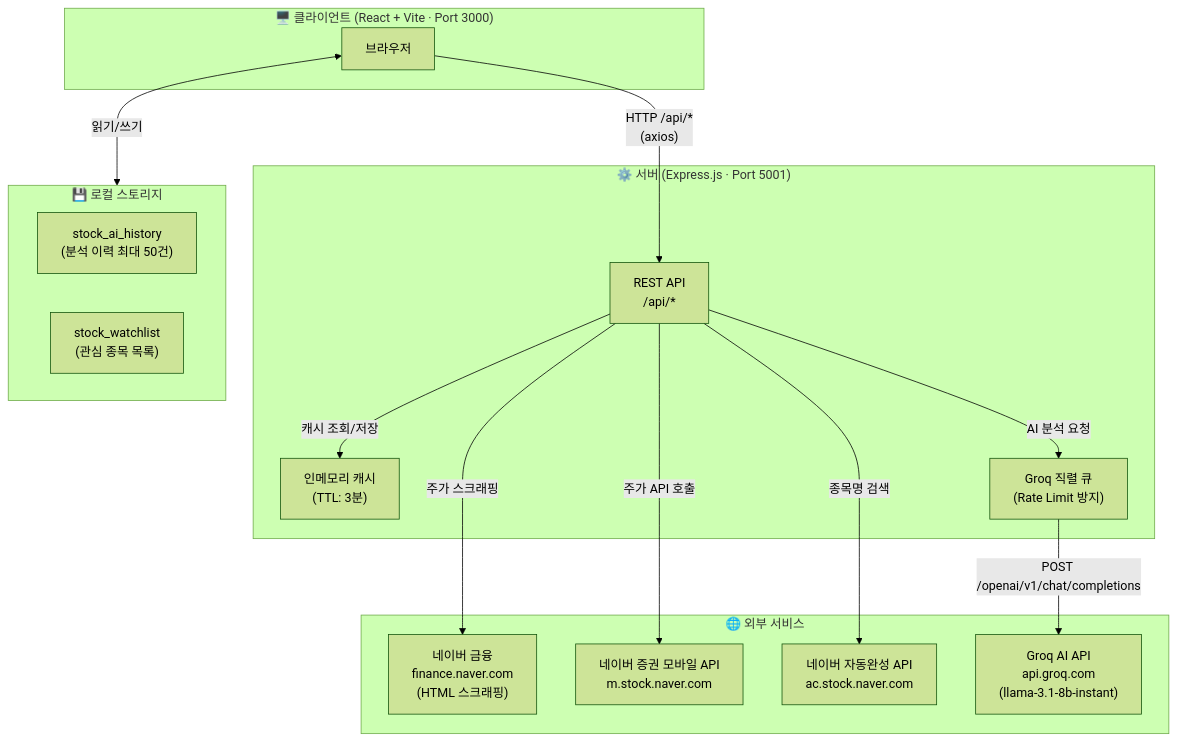
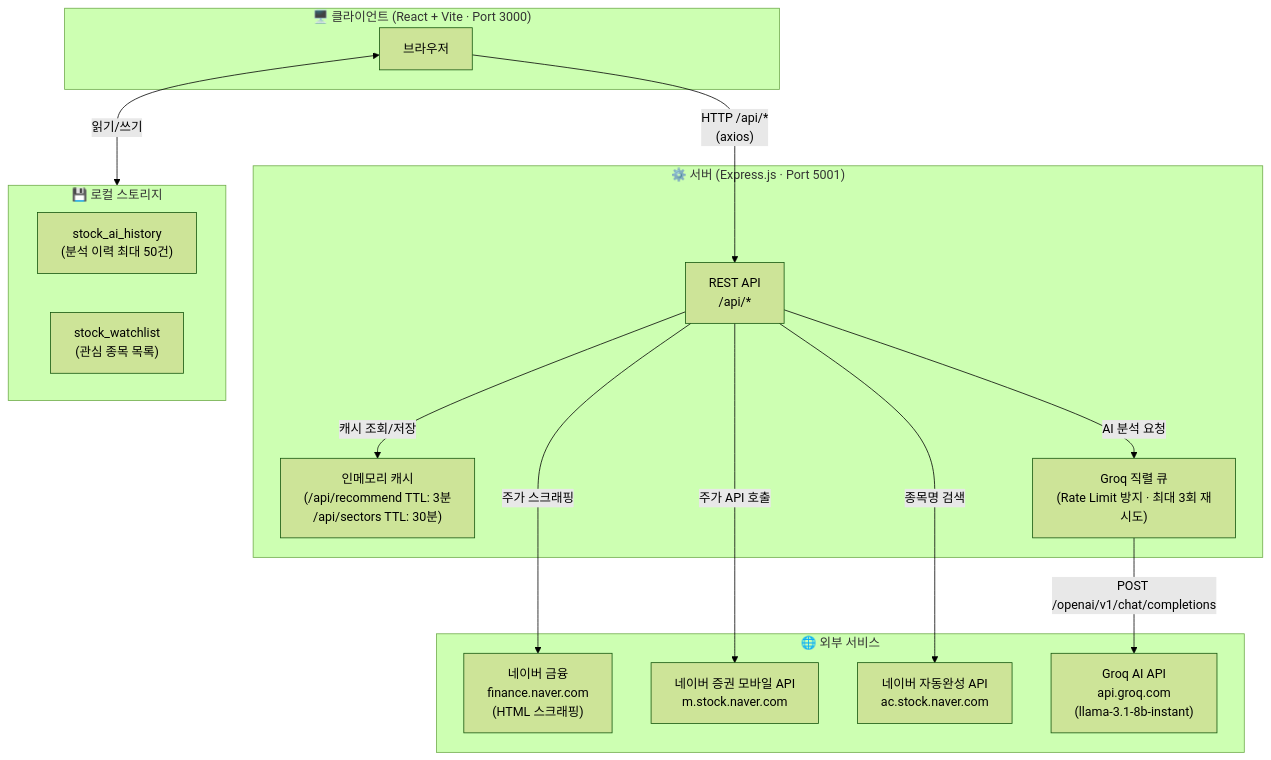
Before and after one commit to jasonkim94/stock-agent: the first of 7 diagrams in ARCHITECTURE.md, drawn with Mermaid (forest theme). The commit also changed other lines of this file, not shown here.

First line of the commit message:
Refine ARCHITECTURE.md: add cache TTL rationale and verify hard limits

````diff
--- a/ARCHITECTURE.md
+++ b/ARCHITECTURE.md
@@ -9,33 +9,33 @@
 ```mermaid
 graph TB
     subgraph Client["🖥️ 클라이언트 (React + Vite · Port 3000)"]
         Browser["브라우저"]
     end
 
     subgraph Server["⚙️ 서버 (Express.js · Port 5001)"]
         API["REST API\n/api/*"]
-        Cache["인메모리 캐시\n(TTL: 3분)"]
-        GroqQueue["Groq 직렬 큐\n(Rate Limit 방지)"]
+        Cache["인메모리 캐시\n(/api/recommend TTL: 3분\n/api/sectors TTL: 30분)"]
+        GroqQueue["Groq 직렬 큐\n(Rate Limit 방지 · 최대 3회 재시도)"]
     end
 
     subgraph External["🌐 외부 서비스"]
         NaverFinance["네이버 금융\nfinance.naver.com\n(HTML 스크래핑)"]
         NaverMobile["네이버 증권 모바일 API\nm.stock.naver.com"]
         NaverAC["네이버 자동완성 API\nac.stock.naver.com"]
         GroqAI["Groq AI API\napi.groq.com\n(llama-3.1-8b-instant)"]
     end
 
     subgraph Storage["💾 로컬 스토리지"]
         HistoryStore["stock_ai_history\n(분석 이력 최대 50건)"]
         WatchlistStore["stock_watchlist\n(관심 종목 목록)"]
     end
 
     Browser -->|"HTTP /api/*\n(axios)"| API
     API -->|"캐시 조회/저장"| Cache
     API -->|"AI 분석 요청"| GroqQueue
     GroqQueue -->|"POST /openai/v1/chat/completions"| GroqAI
     API -->|"주가 스크래핑"| NaverFinance
     API -->|"주가 API 호출"| NaverMobile
     API -->|"종목명 검색"| NaverAC
     Browser <-->|"읽기/쓰기"| Storage
 ```
````
